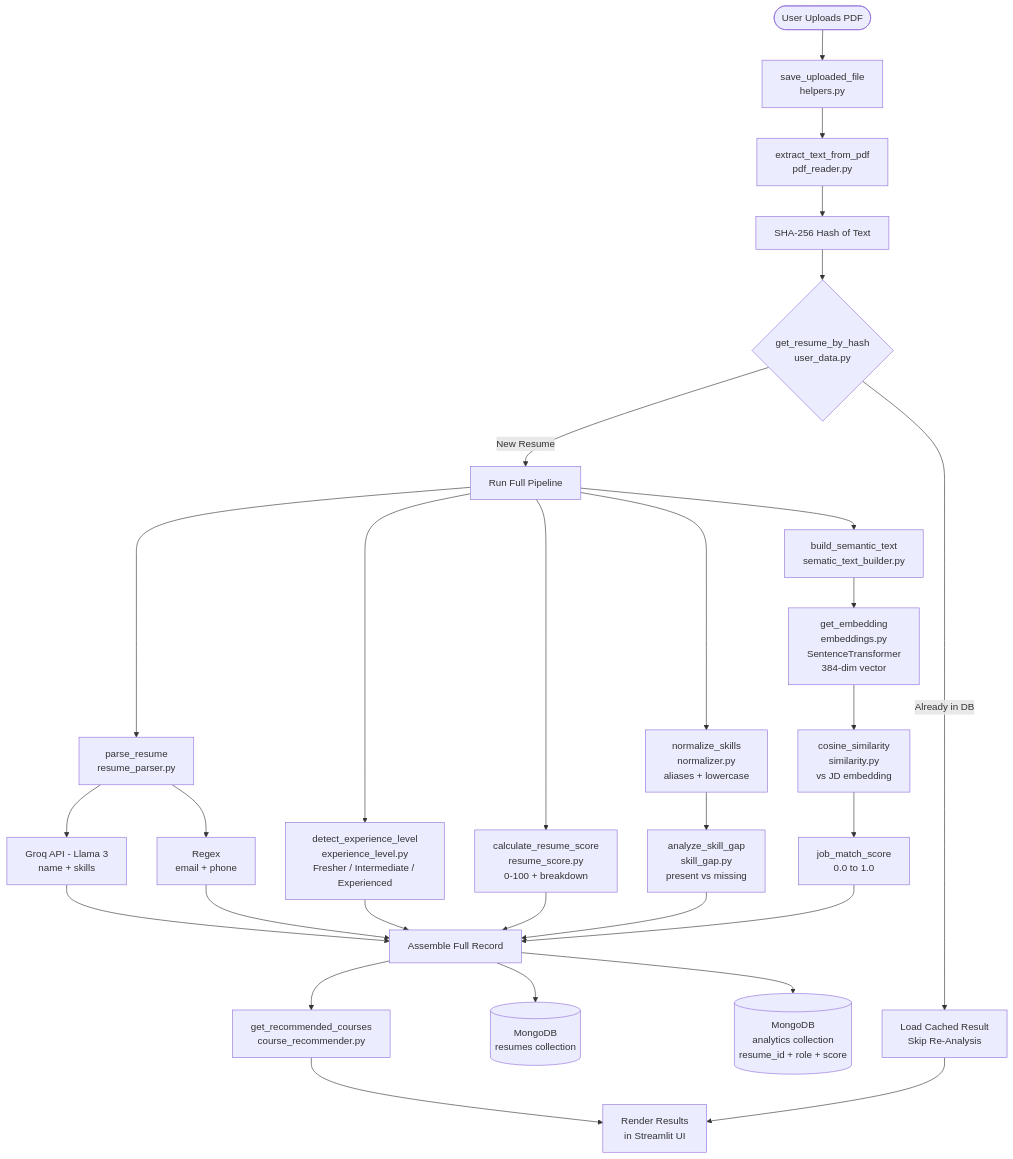
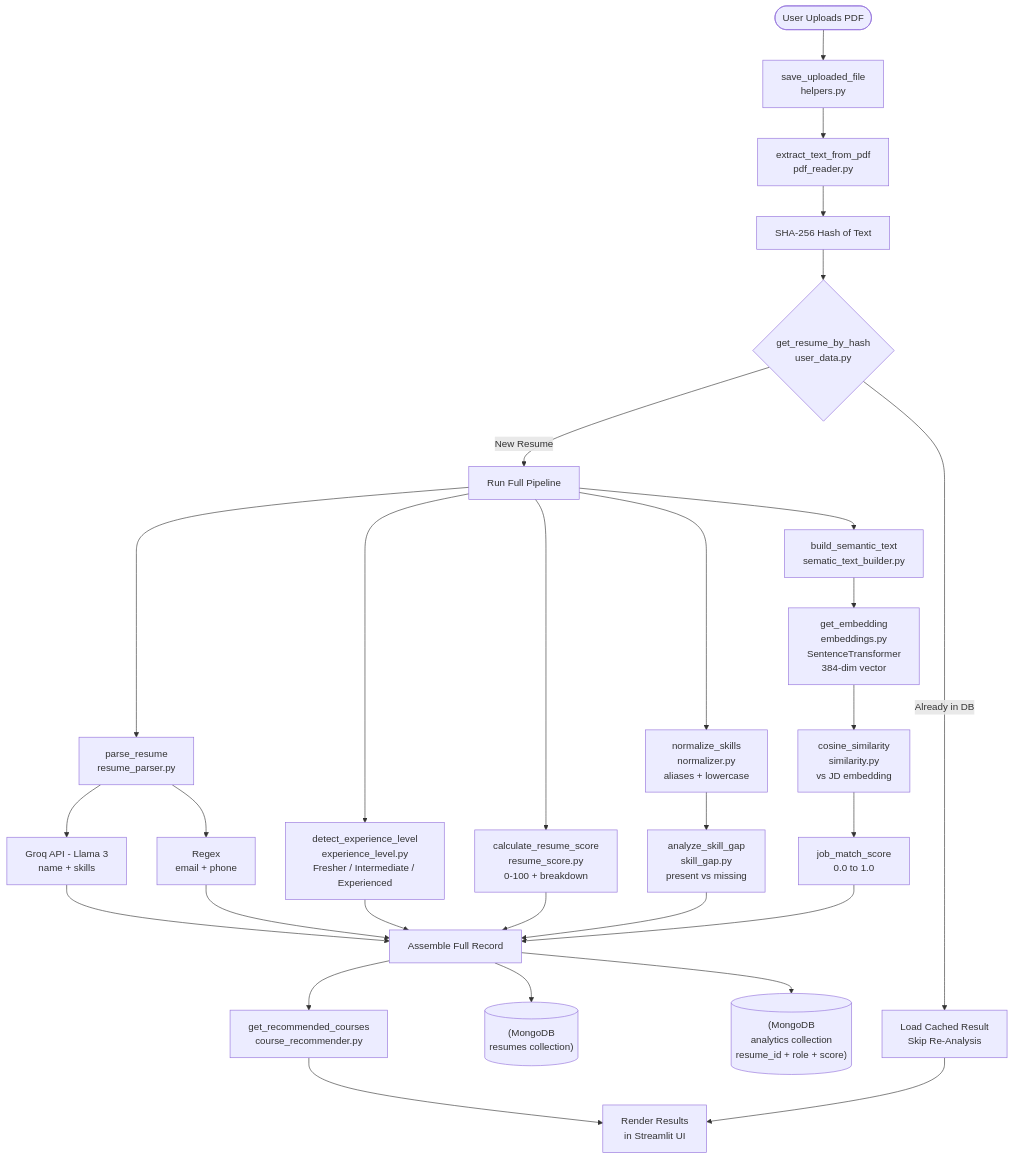
One commit to chidvi123/AI_Resume_Analyzer changed the third of 7 diagrams in docs/PROJECT_FLOW.md. Above: the diagram before and after it, drawn with Mermaid. The commit also changed other lines of this file, not shown here.

Commit message:
Fix Mermaid diagram formatting in PROJECT_FLOW.md for markdown preview

````diff
--- a/docs/PROJECT_FLOW.md
+++ b/docs/PROJECT_FLOW.md
@@ -295,36 +295,36 @@
 ```mermaid
 flowchart TD
-    A([User Uploads PDF]) --> B[save_uploaded_file\nhelpers.py]
-    B --> C[extract_text_from_pdf\npdf_reader.py]
-    C --> D[SHA-256 Hash of Text]
-    D --> E{get_resume_by_hash\nuser_data.py}
-    E -- Already in DB --> F[Load Cached Result\nSkip Re-Analysis]
-    E -- New Resume --> G[Run Full Pipeline]
+    A([User Uploads PDF]) --> B["save_uploaded_file<br/>helpers.py"]
+    B --> C["extract_text_from_pdf<br/>pdf_reader.py"]
+    C --> D["SHA-256 Hash of Text"]
+    D --> E{"get_resume_by_hash<br/>user_data.py"}
+    E -- Already in DB --> F["Load Cached Result<br/>Skip Re-Analysis"]
+    E -- New Resume --> G["Run Full Pipeline"]
 
-    G --> H[parse_resume\nresume_parser.py]
-    H --> H1[Groq API - Llama 3\nname + skills]
-    H --> H2[Regex\nemail + phone]
+    G --> H["parse_resume<br/>resume_parser.py"]
+    H --> H1["Groq API - Llama 3<br/>name + skills"]
+    H --> H2["Regex<br/>email + phone"]
 
-    G --> I[detect_experience_level\nexperience_level.py\nFresher / Intermediate / Experienced]
-    G --> J[calculate_resume_score\nresume_score.py\n0-100 + breakdown]
-    G --> K[normalize_skills\nnormalizer.py\naliases + lowercase]
-    K --> L[analyze_skill_gap\nskill_gap.py\npresent vs missing]
+    G --> I["detect_experience_level<br/>experience_level.py<br/>Fresher / Intermediate / Experienced"]
+    G --> J["calculate_resume_score<br/>resume_score.py<br/>0-100 + breakdown"]
+    G --> K["normalize_skills<br/>normalizer.py<br/>aliases + lowercase"]
+    K --> L["analyze_skill_gap<br/>skill_gap.py<br/>present vs missing"]
 
-    G --> M[build_semantic_text\nsematic_text_builder.py]
-    M --> N[get_embedding\nembeddings.py\nSentenceTransformer\n384-dim vector]
-    N --> O[cosine_similarity\nsimilarity.py\nvs JD embedding]
-    O --> P[job_match_score\n0.0 to 1.0]
+    G --> M["build_semantic_text<br/>sematic_text_builder.py"]
+    M --> N["get_embedding<br/>embeddings.py<br/>SentenceTransformer<br/>384-dim vector"]
+    N --> O["cosine_similarity<br/>similarity.py<br/>vs JD embedding"]
+    O --> P["job_match_score<br/>0.0 to 1.0"]
 
-    H1 --> Q[Assemble Full Record]
+    H1 --> Q["Assemble Full Record"]
     H2 --> Q
     I --> Q
     J --> Q
     L --> Q
     P --> Q
 
-    Q --> R[(MongoDB\nresumes collection)]
-    Q --> S[(MongoDB\nanalytics collection\nresume_id + role + score)]
-    Q --> T[get_recommended_courses\ncourse_recommender.py]
-    T --> U[Render Results\nin Streamlit UI]
+    Q --> R[("(MongoDB<br/>resumes collection)")]
+    Q --> S[("(MongoDB<br/>analytics collection<br/>resume_id + role + score)")]
+    Q --> T["get_recommended_courses<br/>course_recommender.py"]
+    T --> U["Render Results<br/>in Streamlit UI"]
     F --> U
 ```
````
